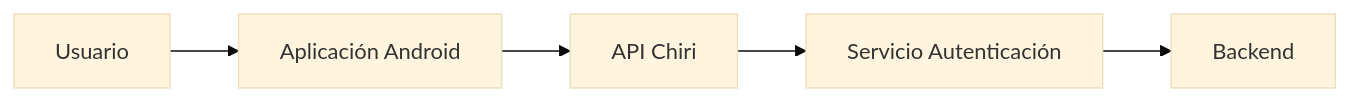
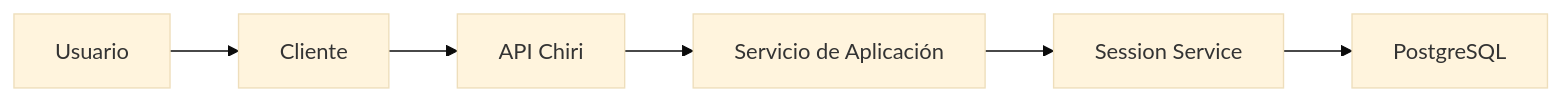
One commit to chirijose79-ui/Chiri changed the seventh of 18 diagrams in docs/060_API.md. Above: the diagram before and after it, drawn with Mermaid (base theme). The commit also changed other lines of this file, not shown here.

Commit message:
feat: cambios login API

````diff
--- a/docs/060_API.md
+++ b/docs/060_API.md
@@ -732,19 +770,21 @@
-```mermaid id="8q4m2x"
+```mermaid
 flowchart LR
 
     User["Usuario"]
 
-    Android["Aplicación Android"]
+    Client["Cliente"]
 
     API["API Chiri"]
 
-    Auth["Servicio Autenticación"]
+    Auth["Servicio de Aplicación"]
 
-    Backend["Backend"]
+    Session["Session Service"]
 
+    DB["PostgreSQL"]
 
-    User --> Android
-    Android --> API
+    User --> Client
+    Client --> API
     API --> Auth
-    Auth --> Backend
+    Auth --> Session
+    Session --> DB
 ```
````
